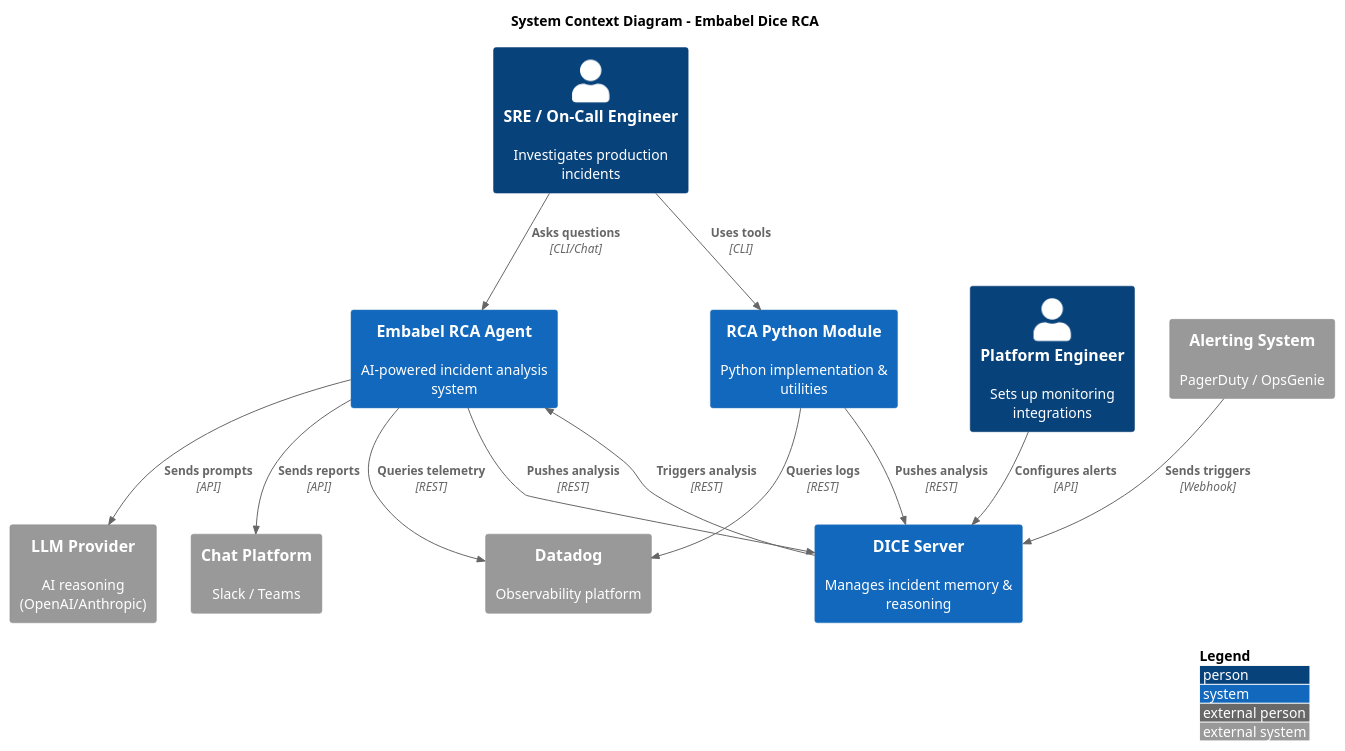
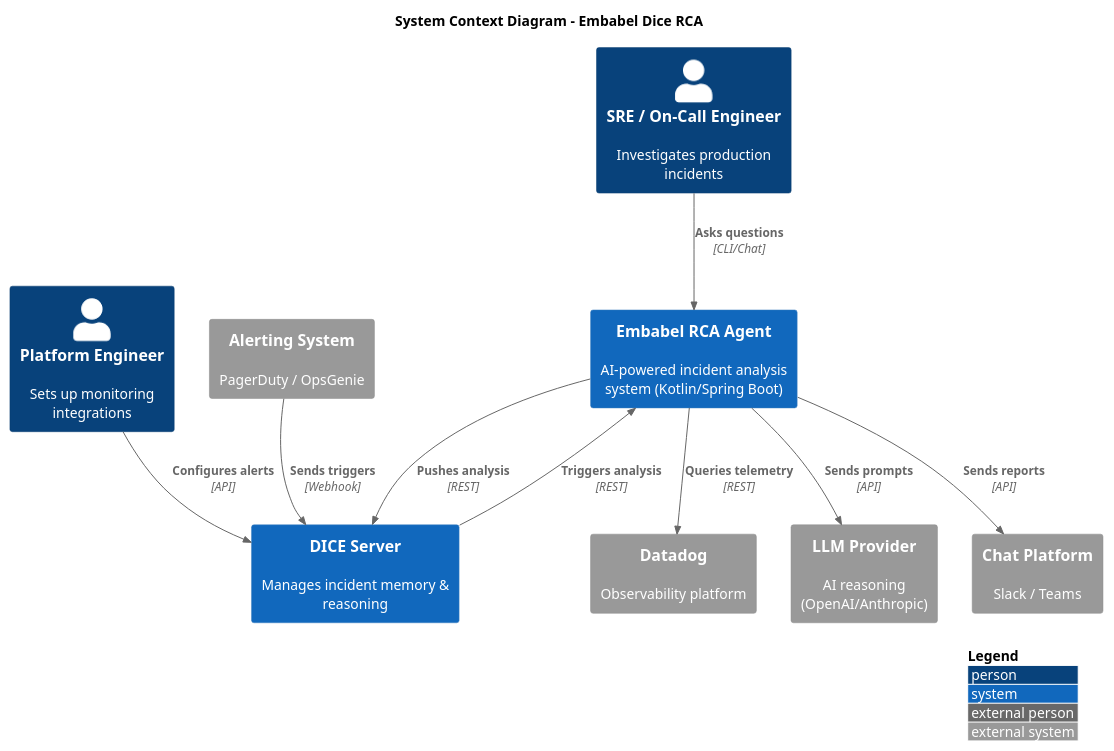
One commit to menkelabs/datadog-drilldown changed the diagram in embabel-dice-rca/docs/architecture/c4-context.puml. Above: the diagram before and after it, drawn with PlantUML. The commit also changed 2 other files, not shown here.

Commit message:
Remove Python/Flask references from PlantUML diagrams
Updated architecture diagrams to reflect current Kotlin/Spring Boot implementation:

- docs/plantuml/architecture-container.puml: Changed dd-rca Application to
  Embabel RCA Application with Kotlin/Spring Boot components
- docs/plantuml/architecture-pipeline-flow.puml: Changed Flask webhook handler
  to Spring Boot
- embabel-dice-rca/docs/architecture/c4-context.puml: Removed RCA Python Module
  references and consolidated to single Embabel RCA Agent system

```diff
--- a/embabel-dice-rca/docs/architecture/c4-context.puml
+++ b/embabel-dice-rca/docs/architecture/c4-context.puml
@@ -1,34 +1,30 @@
 @startuml C4_Context
 !include https://raw.githubusercontent.com/plantuml-stdlib/C4-PlantUML/master/C4_Context.puml
 
 LAYOUT_WITH_LEGEND()
 
 title System Context Diagram - Embabel Dice RCA
 
 Person(sre, "SRE / On-Call Engineer", "Investigates production incidents")
 Person(platform, "Platform Engineer", "Sets up monitoring integrations")
 
-System(rcaAgent, "Embabel RCA Agent", "AI-powered incident analysis system")
-System(rcaPython, "RCA Python Module", "Python implementation & utilities")
+System(rcaAgent, "Embabel RCA Agent", "AI-powered incident analysis system (Kotlin/Spring Boot)")
 System(diceServer, "DICE Server", "Manages incident memory & reasoning")
 
 System_Ext(datadog, "Datadog", "Observability platform")
 System_Ext(llm, "LLM Provider", "AI reasoning (OpenAI/Anthropic)")
 System_Ext(alerting, "Alerting System", "PagerDuty / OpsGenie")
 System_Ext(chat, "Chat Platform", "Slack / Teams")
 
 Rel(sre, rcaAgent, "Asks questions", "CLI/Chat")
-Rel(sre, rcaPython, "Uses tools", "CLI")
 Rel(platform, diceServer, "Configures alerts", "API")
 
 Rel(rcaAgent, datadog, "Queries telemetry", "REST")
-Rel(rcaPython, datadog, "Queries logs", "REST")
 Rel(rcaAgent, llm, "Sends prompts", "API")
 Rel(rcaAgent, diceServer, "Pushes analysis", "REST")
-Rel(rcaPython, diceServer, "Pushes analysis", "REST")
 
 Rel(alerting, diceServer, "Sends triggers", "Webhook")
 Rel(diceServer, rcaAgent, "Triggers analysis", "REST")
 Rel(rcaAgent, chat, "Sends reports", "API")
 
 @enduml
```
